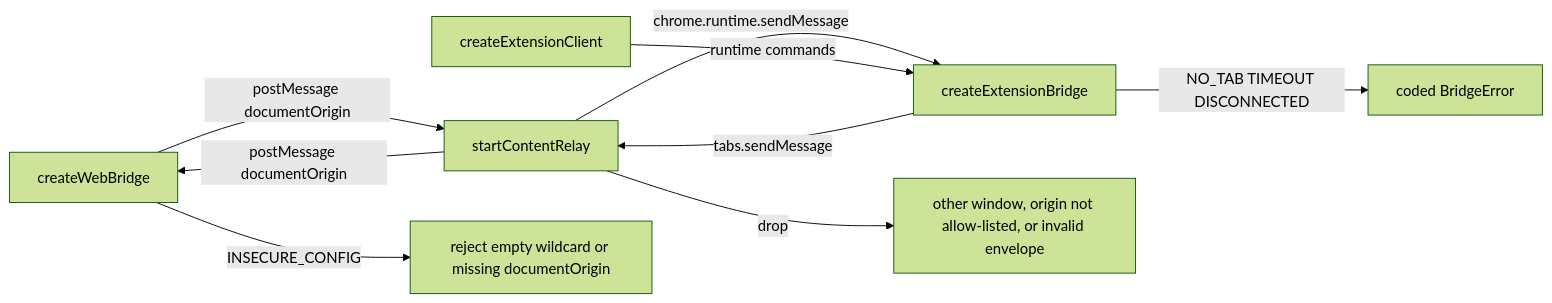
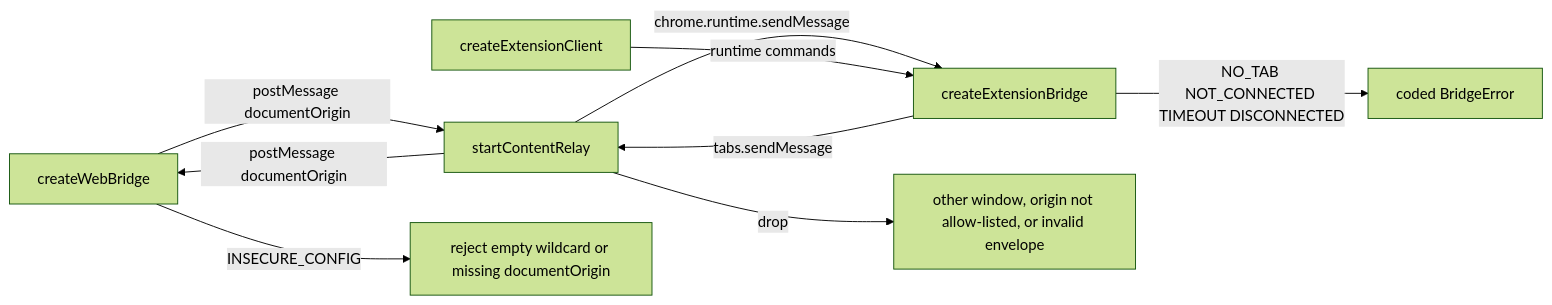
Before and after one commit to webex/webex-js-sdk: the first of 3 diagrams in packages/@webex/web-extension-bridge/docs/architecture.md, drawn with Mermaid (forest theme). The commit also changed other lines of this file and 2 other files, not shown here.

Commit message:
docs(web-extension-bridge): correct Stage 0 hop errors and outbound validation (SPARK-853132)

````diff
--- a/packages/@webex/web-extension-bridge/docs/architecture.md
+++ b/packages/@webex/web-extension-bridge/docs/architecture.md
@@ -69,11 +69,11 @@
 ```mermaid
 flowchart LR
   Page[createWebBridge] -->|postMessage documentOrigin| Relay[startContentRelay]
   Relay -->|chrome.runtime.sendMessage| Worker[createExtensionBridge]
   Popup[createExtensionClient] -->|runtime commands| Worker
   Worker -->|tabs.sendMessage| Relay
   Relay -->|postMessage documentOrigin| Page
   Page -->|INSECURE_CONFIG| PageCfg[reject empty wildcard or missing documentOrigin]
   Relay -->|drop| Drop[other window, origin not allow-listed, or invalid envelope]
-  Worker -->|NO_TAB TIMEOUT DISCONNECTED| WorkerErr[coded BridgeError]
+  Worker -->|NO_TAB NOT_CONNECTED TIMEOUT DISCONNECTED| WorkerErr[coded BridgeError]
 ```
````
